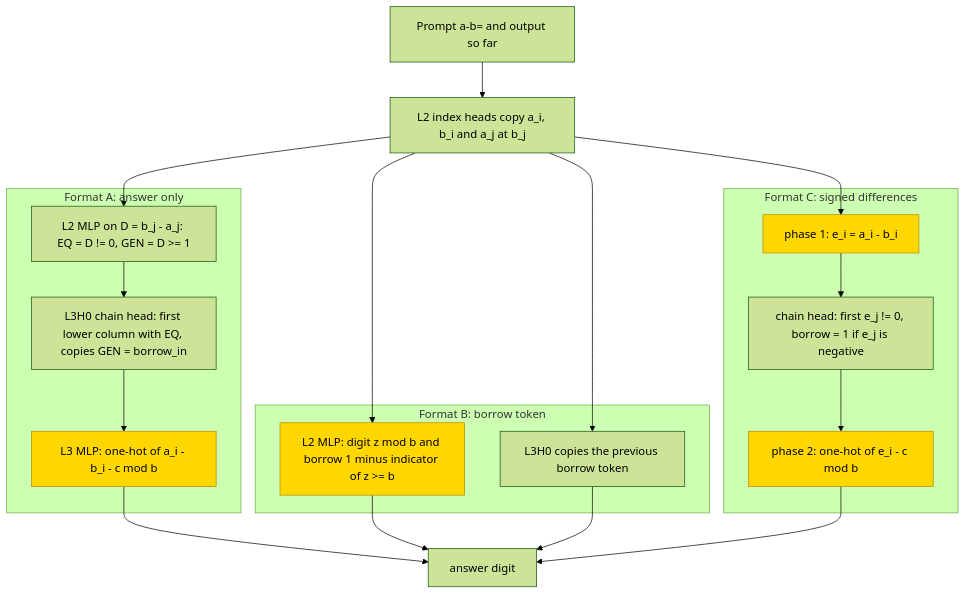
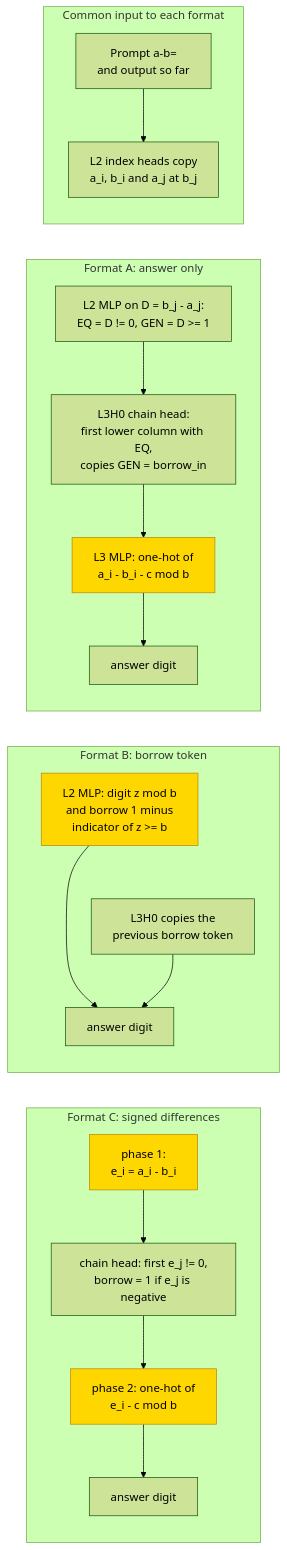
One commit to jc1122/mechanistic-interpretability-circuit-atlas changed the first of 2 diagrams in entries/subtraction.md. Above: the diagram before and after it, drawn with Mermaid (forest theme). The commit also changed other lines of this file and 40 other files, not shown here.

First line of the commit message:
Cold-reader pass on all 41 entries: reading routes, first-screen scopes, accessible diagrams, verified headline sources (ux_reader1/2)

````diff
--- a/entries/subtraction.md
+++ b/entries/subtraction.md
@@ -101,26 +103,37 @@
 ```mermaid
 flowchart TD
-    P["Prompt a-b= and output so far"] --> F["L2 index heads copy a_i, b_i and a_j at b_j"]
+    accTitle: Hand-built borrow-chain and borrow-token alternatives
+    accDescr: Frozen fetch heads supply column digits. A chain head in direct-answer and difference-trace formats, or the previous borrow token, supplies the borrow. Shaded stages are the trained PART blocks. Later external-label tables remain sufficient readouts only, with failed whole-mechanism controls.
+    subgraph FETCH["Common input to each format"]
+        direction TB
+        P["Prompt a-b=<br/>and output so far"] --> F["L2 index heads copy<br/>a_i, b_i and a_j at b_j"]
+    end
     subgraph FA["Format A: answer only"]
-        A1["L2 MLP on D = b_j - a_j: EQ = D != 0, GEN = D >= 1"] --> A2["L3H0 chain head: first lower column with EQ, copies GEN = borrow_in"]
-        A2 --> A3["L3 MLP: one-hot of a_i - b_i - c mod b"]
+        direction TB
+        A1["L2 MLP on D = b_j - a_j:<br/>EQ = D != 0, GEN = D >= 1"] --> A2["L3H0 chain head:<br/>first lower column with EQ,<br/>copies GEN = borrow_in"]
+        A2 --> A3["L3 MLP: one-hot of<br/>a_i - b_i - c mod b"]
+        A3 --> YA["answer digit"]
     end
     subgraph FB["Format B: borrow token"]
-        B1["L2 MLP: digit z mod b and borrow 1 minus indicator of z >= b"]
-        B0["L3H0 copies the previous borrow token"]
+        direction TB
+        B1["L2 MLP: digit z mod b<br/>and borrow 1 minus<br/>indicator of z >= b"]
+        B0["L3H0 copies the<br/>previous borrow token"]
+        %% Invisible link stacks independent branches; it is not a data path.
+        B1 ~~~ B0
+        B1 --> YB["answer digit"]
+        B0 --> YB
     end
     subgraph FC["Format C: signed differences"]
-        C1["phase 1: e_i = a_i - b_i"] --> C2["chain head: first e_j != 0, borrow = 1 if e_j is negative"]
-        C2 --> C3["phase 2: one-hot of e_i - c mod b"]
+        direction TB
+        C1["phase 1:<br/>e_i = a_i - b_i"] --> C2["chain head: first e_j != 0,<br/>borrow = 1 if e_j is negative"]
+        C2 --> C3["phase 2: one-hot of<br/>e_i - c mod b"]
+        C3 --> YC["answer digit"]
     end
-    F --> A1
-    F --> B1
-    F --> B0
-    F --> C1
-    A3 --> Y["answer digit"]
-    B1 --> Y
-    B0 --> Y
-    C3 --> Y
+    %% Each alternative reads the common input above. These invisible links
+    %% stack panels; they are not computational paths between formats.
+    FETCH ~~~ FA
+    FA ~~~ FB
+    FB ~~~ FC
     classDef trained fill:gold,stroke:darkgoldenrod,color:black
     class A3,B1,C1,C3 trained
 ```
````
